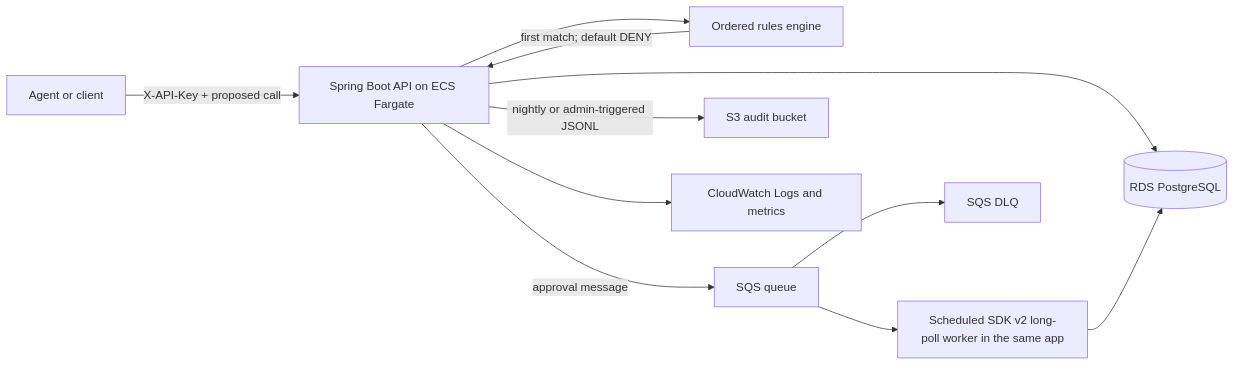
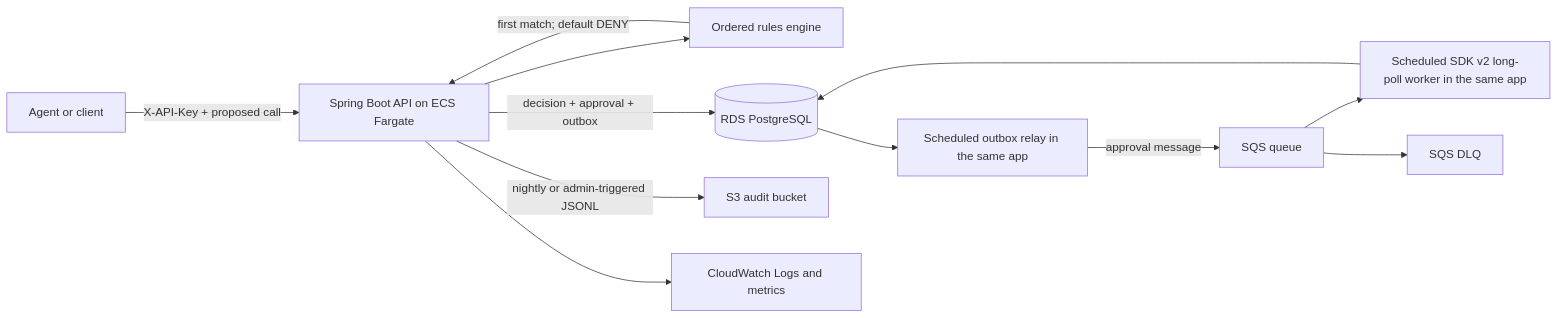
Before and after one commit to Aly700/agentops-gate: the diagram in README.md, drawn with Mermaid. The commit also changed other lines of this file and 17 other files, not shown here.

Commit message:
exactly-once: idempotency keys on decisions, transactional outbox relay, idempotent consumer, dlq replay

````diff
--- a/README.md
+++ b/README.md
@@ -14,13 +14,14 @@
 ```mermaid
 flowchart LR
     Agent[Agent or client] -->|X-API-Key + proposed call| API[Spring Boot API on ECS Fargate]
     API --> Engine[Ordered rules engine]
     Engine -->|first match; default DENY| API
-    API --> DB[(RDS PostgreSQL)]
-    API -->|approval message| SQS[SQS queue]
+    API -->|decision + approval + outbox| DB[(RDS PostgreSQL)]
+    DB --> Relay[Scheduled outbox relay in the same app]
+    Relay -->|approval message| SQS[SQS queue]
     SQS --> Worker[Scheduled SDK v2 long-poll worker in the same app]
     Worker --> DB
     API -->|nightly or admin-triggered JSONL| S3[S3 audit bucket]
     API --> Logs[CloudWatch Logs and metrics]
     SQS --> DLQ[SQS DLQ]
 ```
````
